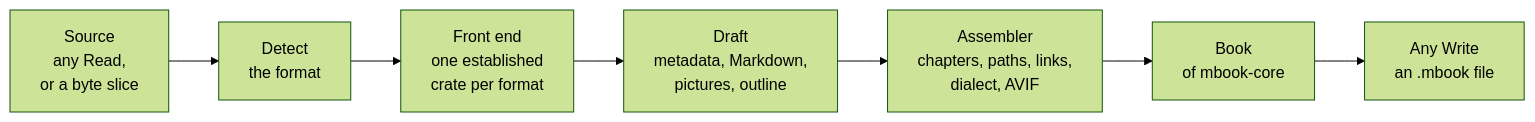
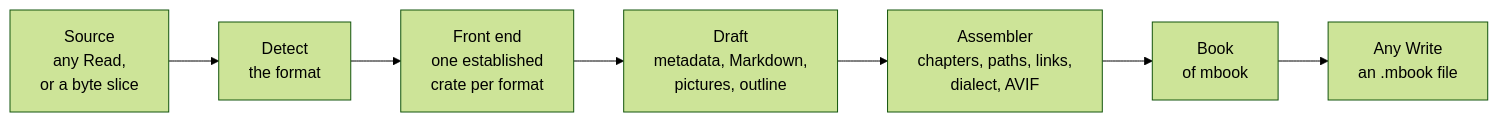
The diagram in rfcs/src/0003-mbook-converter-api.md (M-Compressors/mbook), drawn with Mermaid (forest theme) before and after one commit. The commit also changed other lines of this file and 88 other files, not shown here.

Commit message:
Rename mbook core to mbook

````diff
--- a/rfcs/src/0003-mbook-converter-api.md
+++ b/rfcs/src/0003-mbook-converter-api.md
@@ -77,9 +77,9 @@
 ```mermaid
 flowchart LR
     src["Source<br/>any Read,<br/>or a byte slice"] --> det["Detect<br/>the format"]
     det --> fe["Front end<br/>one established<br/>crate per format"]
     fe --> draft["Draft<br/>metadata, Markdown,<br/>pictures, outline"]
     draft --> asm["Assembler<br/>chapters, paths, links,<br/>dialect, AVIF"]
-    asm --> book["Book<br/>of mbook-core"]
+    asm --> book["Book<br/>of mbook"]
     book --> out["Any Write<br/>an .mbook file"]
 ```
````
